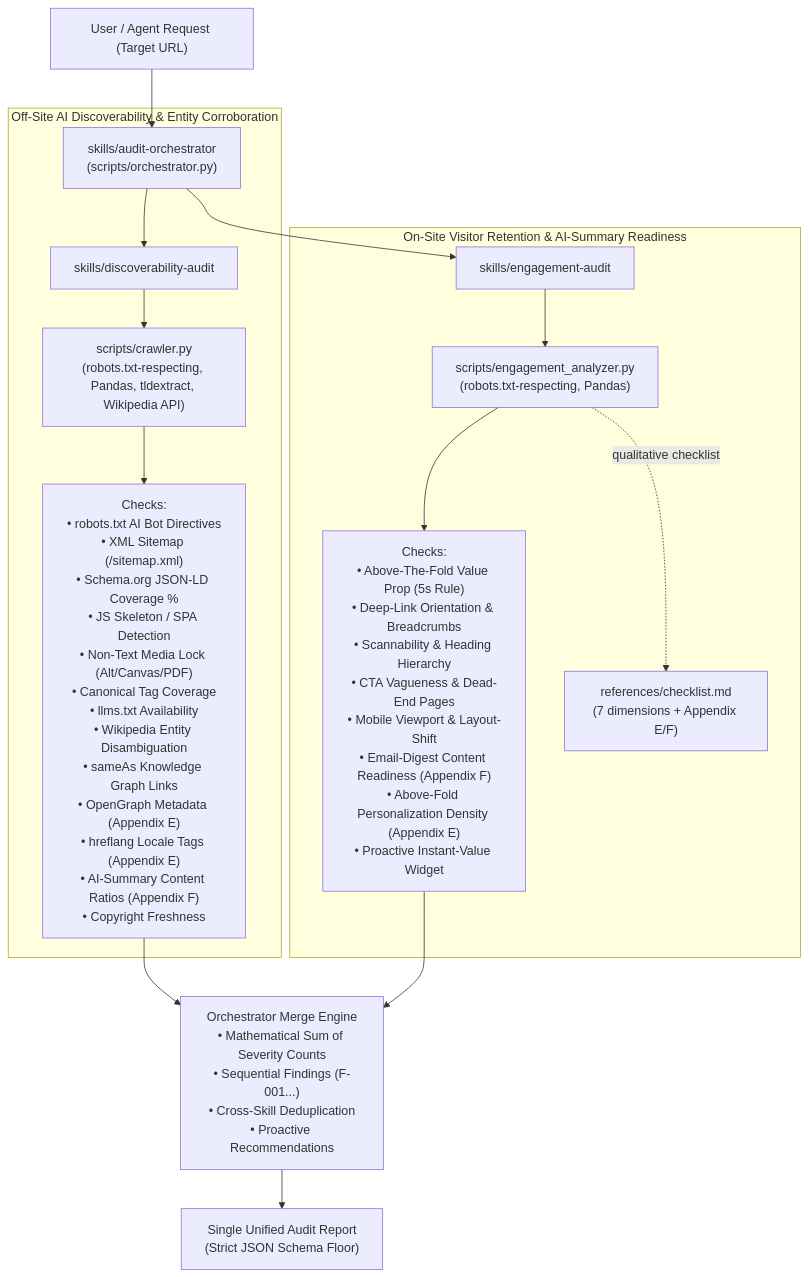
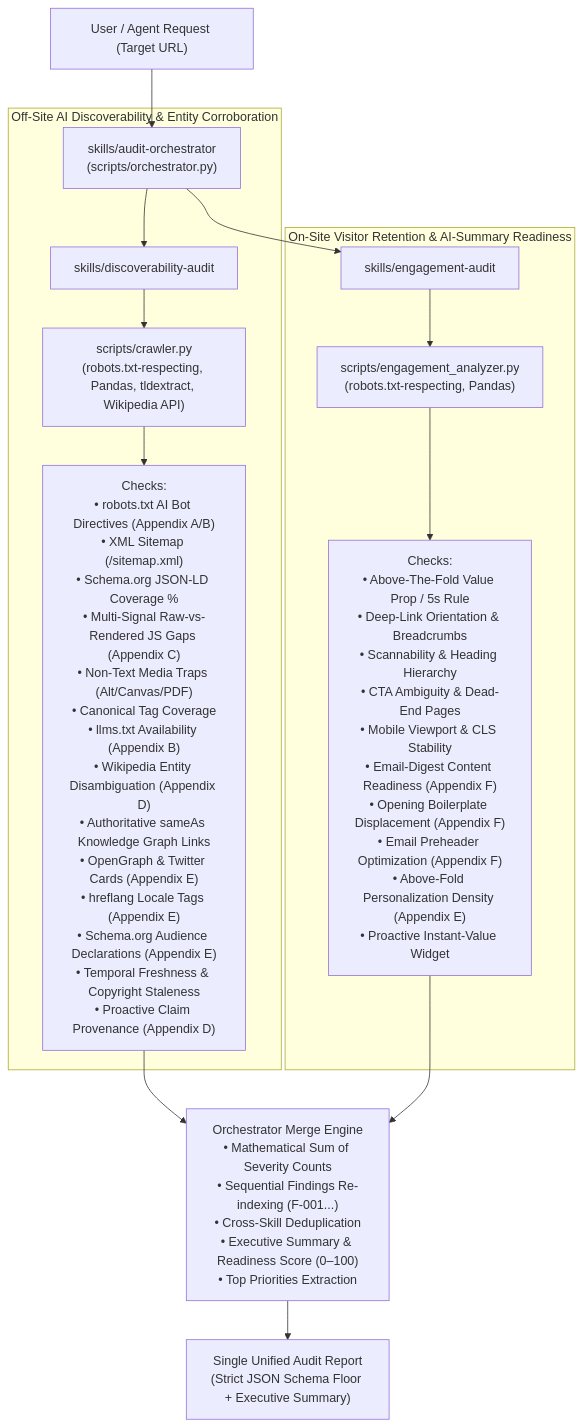
The diagram in nexus-coders-brand-audit/README.md (upamkmr/Nexus_adobe), drawn with Mermaid before and after one commit. The commit also changed other lines of this file and 13 other files, not shown here.

````diff
--- a/nexus-coders-brand-audit/README.md
+++ b/nexus-coders-brand-audit/README.md
@@ -59,21 +70,20 @@
 ```mermaid
 flowchart TD
     User["User / Agent Request (Target URL)"] --> Entrypoint["skills/audit-orchestrator\n(scripts/orchestrator.py)"]
     
     subgraph Discoverability ["Off-Site AI Discoverability & Entity Corroboration"]
         Entrypoint --> DiscSkill["skills/discoverability-audit"]
         DiscSkill --> Crawler["scripts/crawler.py\n(robots.txt-respecting, Pandas, tldextract, Wikipedia API)"]
-        Crawler --> DiscFindings["Checks:\n• robots.txt AI Bot Directives\n• XML Sitemap (/sitemap.xml)\n• Schema.org JSON-LD Coverage %\n• JS Skeleton / SPA Detection\n• Non-Text Media Lock (Alt/Canvas/PDF)\n• Canonical Tag Coverage\n• llms.txt Availability\n• Wikipedia Entity Disambiguation\n• sameAs Knowledge Graph Links\n• OpenGraph Metadata (Appendix E)\n• hreflang Locale Tags (Appendix E)\n• AI-Summary Content Ratios (Appendix F)\n• Copyright Freshness"]
+        Crawler --> DiscFindings["Checks:\n• robots.txt AI Bot Directives (Appendix A/B)\n• XML Sitemap (/sitemap.xml)\n• Schema.org JSON-LD Coverage %\n• Multi-Signal Raw-vs-Rendered JS Gaps (Appendix C)\n• Non-Text Media Traps (Alt/Canvas/PDF)\n• Canonical Tag Coverage\n• llms.txt Availability (Appendix B)\n• Wikipedia Entity Disambiguation (Appendix D)\n• Authoritative sameAs Knowledge Graph Links\n• OpenGraph & Twitter Cards (Appendix E)\n• hreflang Locale Tags (Appendix E)\n• Schema.org Audience Declarations (Appendix E)\n• Temporal Freshness & Copyright Staleness\n• Proactive Claim Provenance (Appendix D)"]
     end
 
     subgraph Engagement ["On-Site Visitor Retention & AI-Summary Readiness"]
         Entrypoint --> EngSkill["skills/engagement-audit"]
         EngSkill --> EngScript["scripts/engagement_analyzer.py\n(robots.txt-respecting, Pandas)"]
-        EngScript --> EngFindings["Checks:\n• Above-The-Fold Value Prop (5s Rule)\n• Deep-Link Orientation & Breadcrumbs\n• Scannability & Heading Hierarchy\n• CTA Vagueness & Dead-End Pages\n• Mobile Viewport & Layout-Shift\n• Email-Digest Content Readiness (Appendix F)\n• Above-Fold Personalization Density (Appendix E)\n• Proactive Instant-Value Widget"]
-        EngScript -.qualitative checklist.-> CheckRef["references/checklist.md\n(7 dimensions + Appendix E/F)"]
+        EngScript --> EngFindings["Checks:\n• Above-The-Fold Value Prop / 5s Rule\n• Deep-Link Orientation & Breadcrumbs\n• Scannability & Heading Hierarchy\n• CTA Ambiguity & Dead-End Pages\n• Mobile Viewport & CLS Stability\n• Email-Digest Content Readiness (Appendix F)\n• Opening Boilerplate Displacement (Appendix F)\n• Email Preheader Optimization (Appendix F)\n• Above-Fold Personalization Density (Appendix E)\n• Proactive Instant-Value Widget"]
     end
 
-    DiscFindings --> MergeEngine["Orchestrator Merge Engine\n• Mathematical Sum of Severity Counts\n• Sequential Findings (F-001...)\n• Cross-Skill Deduplication\n• Proactive Recommendations"]
+    DiscFindings --> MergeEngine["Orchestrator Merge Engine\n• Mathematical Sum of Severity Counts\n• Sequential Findings Re-indexing (F-001...)\n• Cross-Skill Deduplication\n• Executive Summary & Readiness Score (0–100)\n• Top Priorities Extraction"]
     EngFindings --> MergeEngine
-    MergeEngine --> FinalReport["Single Unified Audit Report\n(Strict JSON Schema Floor)"]
+    MergeEngine --> FinalReport["Single Unified Audit Report\n(Strict JSON Schema Floor + Executive Summary)"]
 ```
````
